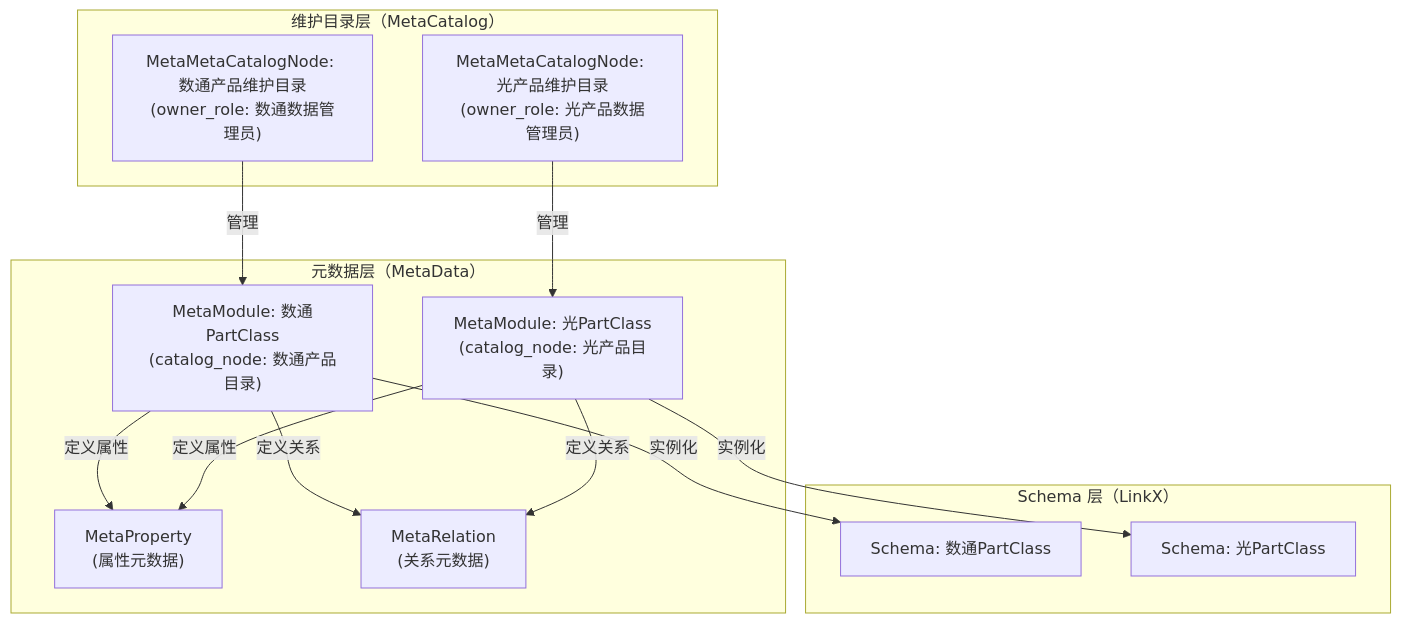
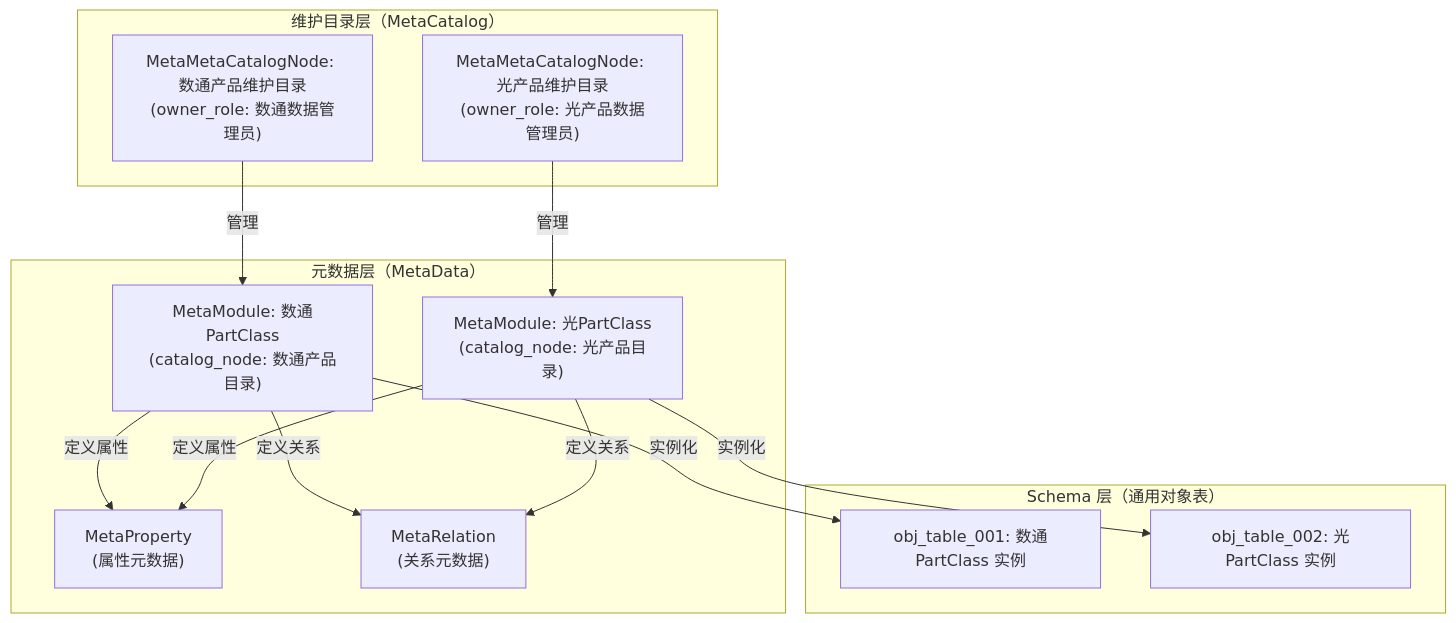
One commit to goflyboy/digitalproduct changed the tenth of 11 diagrams in docs/数字产品系统架构设计说明书.md. Above: the diagram before and after it, drawn with Mermaid. The commit also changed other lines of this file and 1 other file, not shown here.

````diff
--- a/docs/数字产品系统架构设计说明书.md
+++ b/docs/数字产品系统架构设计说明书.md
@@ -2981,29 +2994,29 @@
 ```mermaid
 flowchart TB
     subgraph CatalogLayer["维护目录层（MetaCatalog）"]
         CN1["MetaMetaCatalogNode: 数通产品维护目录<br/>(owner_role: 数通数据管理员)"]
         CN2["MetaMetaCatalogNode: 光产品维护目录<br/>(owner_role: 光产品数据管理员)"]
     end
 
     subgraph MetaLayer["元数据层（MetaData）"]
         MM1["MetaModule: 数通PartClass<br/>(catalog_node: 数通产品目录)"]
         MM2["MetaModule: 光PartClass<br/>(catalog_node: 光产品目录)"]
         MP["MetaProperty<br/>(属性元数据)"]
         MR["MetaRelation<br/>(关系元数据)"]
     end
 
-    subgraph SchemaLayer["Schema 层（LinkX）"]
-        S1["Schema: 数通PartClass"]
-        S2["Schema: 光PartClass"]
+    subgraph SchemaLayer["Schema 层（通用对象表）"]
+        O1["obj_table_001: 数通PartClass 实例"]
+        O2["obj_table_002: 光PartClass 实例"]
     end
 
     CN1 -->|管理| MM1
     CN2 -->|管理| MM2
     MM1 -->|定义属性| MP
     MM2 -->|定义属性| MP
     MM1 -->|定义关系| MR
     MM2 -->|定义关系| MR
 
-    MM1 -->|实例化| S1
-    MM2 -->|实例化| S2
+    MM1 -->|实例化| O1
+    MM2 -->|实例化| O2
 ```
````
